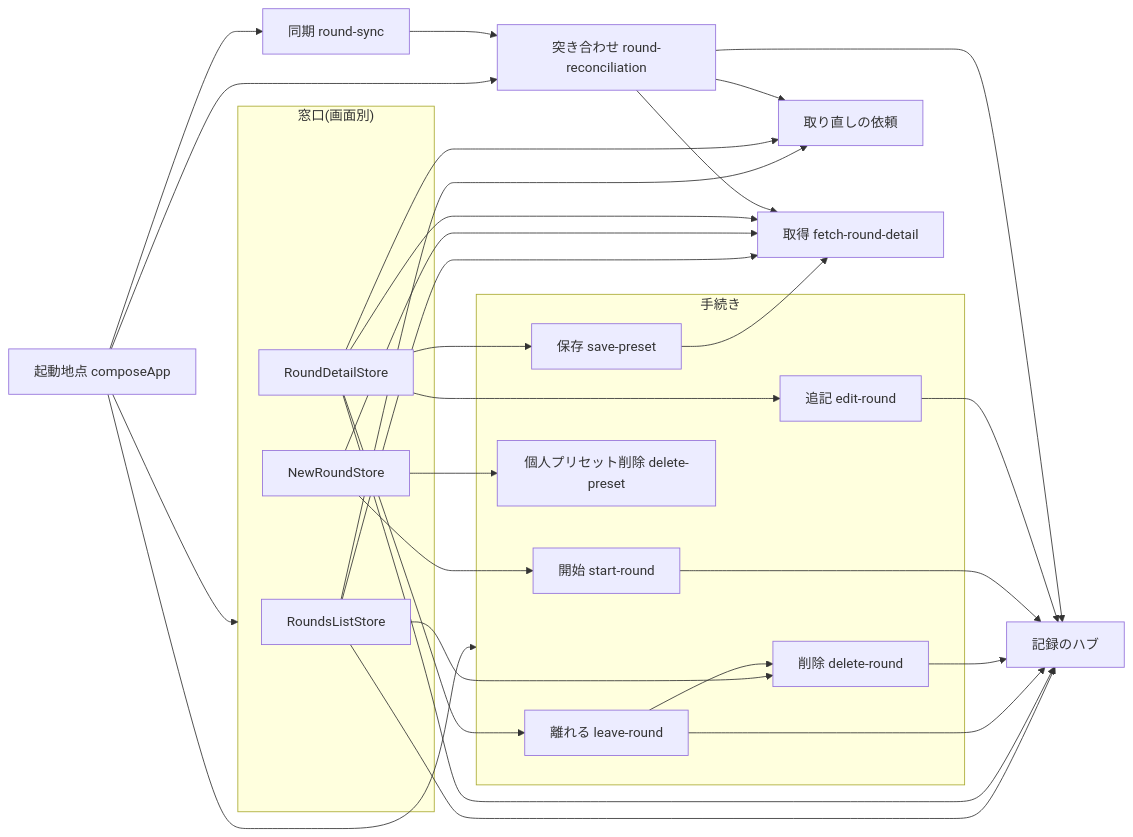
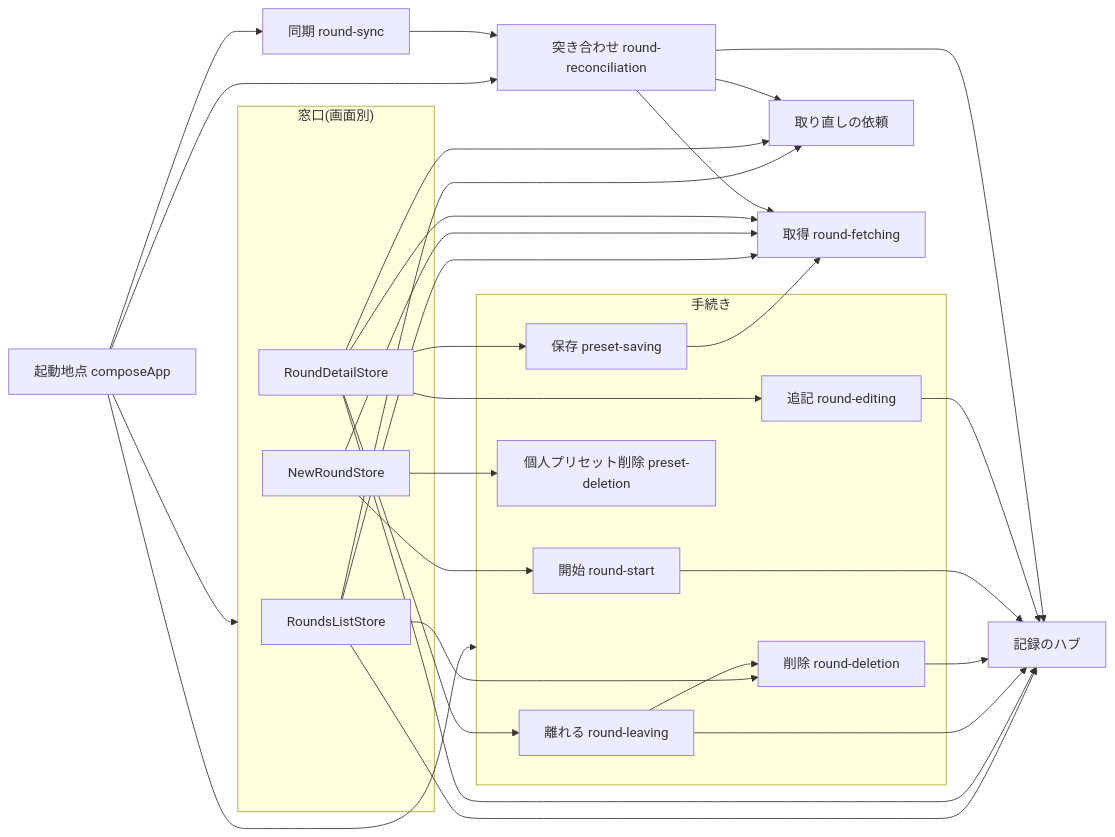
Before and after one commit to yukiyamasaki6/aims: the diagram in docs/features/rounds/design.md, drawn with Mermaid. The commit also changed other lines of this file and 182 other files, not shown here.

````diff
--- a/docs/features/rounds/design.md
+++ b/docs/features/rounds/design.md
@@ -13,49 +13,49 @@
 ```mermaid
 flowchart LR
   compose["起動地点 composeApp"]
   subgraph stores["窓口(画面別)"]
     list["RoundsListStore"]
     newRound["NewRoundStore"]
     detail["RoundDetailStore"]
   end
   subgraph procedures["手続き"]
-    deletion["削除 delete-round"]
-    leaving["離れる leave-round"]
-    start["開始 start-round"]
-    presetDeletion["個人プリセット削除 delete-preset"]
-    presetSaving["保存 save-preset"]
-    editing["追記 edit-round"]
+    deletion["削除 round-deletion"]
+    leaving["離れる round-leaving"]
+    start["開始 round-start"]
+    presetDeletion["個人プリセット削除 preset-deletion"]
+    presetSaving["保存 preset-saving"]
+    editing["追記 round-editing"]
   end
   hub["記録のハブ"]
   requests["取り直しの依頼"]
-  fetching["取得 fetch-round-detail"]
+  fetching["取得 round-fetching"]
   reconciliation["突き合わせ round-reconciliation"]
   sync["同期 round-sync"]
   compose --> stores
   compose --> procedures
   compose --> reconciliation
   compose --> sync
   list --> deletion
   list --> hub
   list --> requests
   list --> fetching
   newRound --> start
   newRound --> presetDeletion
   newRound --> fetching
   detail --> leaving
   detail --> editing
   detail --> presetSaving
   detail --> hub
   detail --> requests
   detail --> fetching
   leaving --> deletion
   leaving --> hub
   deletion --> hub
   start --> hub
   editing --> hub
   presetSaving --> fetching
   reconciliation --> hub
   reconciliation --> requests
   reconciliation --> fetching
   sync --> reconciliation
 ```
````
